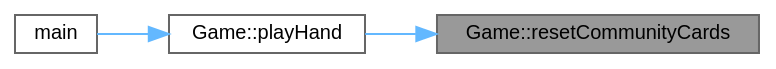
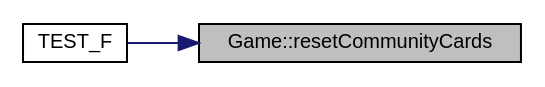
Before and after one commit to jesstyrrell/cosc345: the diagram in class_game_a884c074f31c3d278f026360fe28ee1c8_icgraph.dot, drawn with Graphviz. The commit also changed 332 other files, not shown here.

```diff
--- a/class_game_a884c074f31c3d278f026360fe28ee1c8_icgraph.dot
+++ b/class_game_a884c074f31c3d278f026360fe28ee1c8_icgraph.dot
@@ -1,14 +1,11 @@
 digraph "Game::resetCommunityCards"
 {
  // INTERACTIVE_SVG=YES
  // LATEX_PDF_SIZE
-  bgcolor="transparent";
-  edge [fontname=Helvetica,fontsize=10,labelfontname=Helvetica,labelfontsize=10];
-  node [fontname=Helvetica,fontsize=10,shape=box,height=0.2,width=0.4];
+  edge [fontname="Helvetica",fontsize="10",labelfontname="Helvetica",labelfontsize="10"];
+  node [fontname="Helvetica",fontsize="10",shape=record];
   rankdir="RL";
-  Node1 [id="Node000001",label="Game::resetCommunityCards",height=0.2,width=0.4,color="gray40", fillcolor="grey60", style="filled", fontcolor="black",tooltip="Resets the community cards on the table."];
-  Node1 -> Node2 [id="edge1_Node000001_Node000002",dir="back",color="steelblue1",style="solid",tooltip=" "];
-  Node2 [id="Node000002",label="Game::playHand",height=0.2,width=0.4,color="grey40", fillcolor="white", style="filled",URL="$class_game.html#ab72401c43b303a37dec67f3d6b75a927",tooltip="Plays a single hand of poker."];
-  Node2 -> Node3 [id="edge2_Node000002_Node000003",dir="back",color="steelblue1",style="solid",tooltip=" "];
-  Node3 [id="Node000003",label="main",height=0.2,width=0.4,color="grey40", fillcolor="white", style="filled",URL="$main_8cpp.html#a0ddf1224851353fc92bfbff6f499fa97",tooltip=" "];
+  Node1 [label="Game::resetCommunityCards",height=0.2,width=0.4,color="black", fillcolor="grey75", style="filled", fontcolor="black",tooltip="Resets the community cards on the table."];
+  Node1 -> Node2 [dir="back",color="midnightblue",fontsize="10",style="solid",fontname="Helvetica"];
+  Node2 [label="TEST_F",height=0.2,width=0.4,color="black", fillcolor="white", style="filled",URL="$test___game_8cc.html#a9e46c3cdb694f3e8acbdae3b7594f206",tooltip=" "];
 }
```
